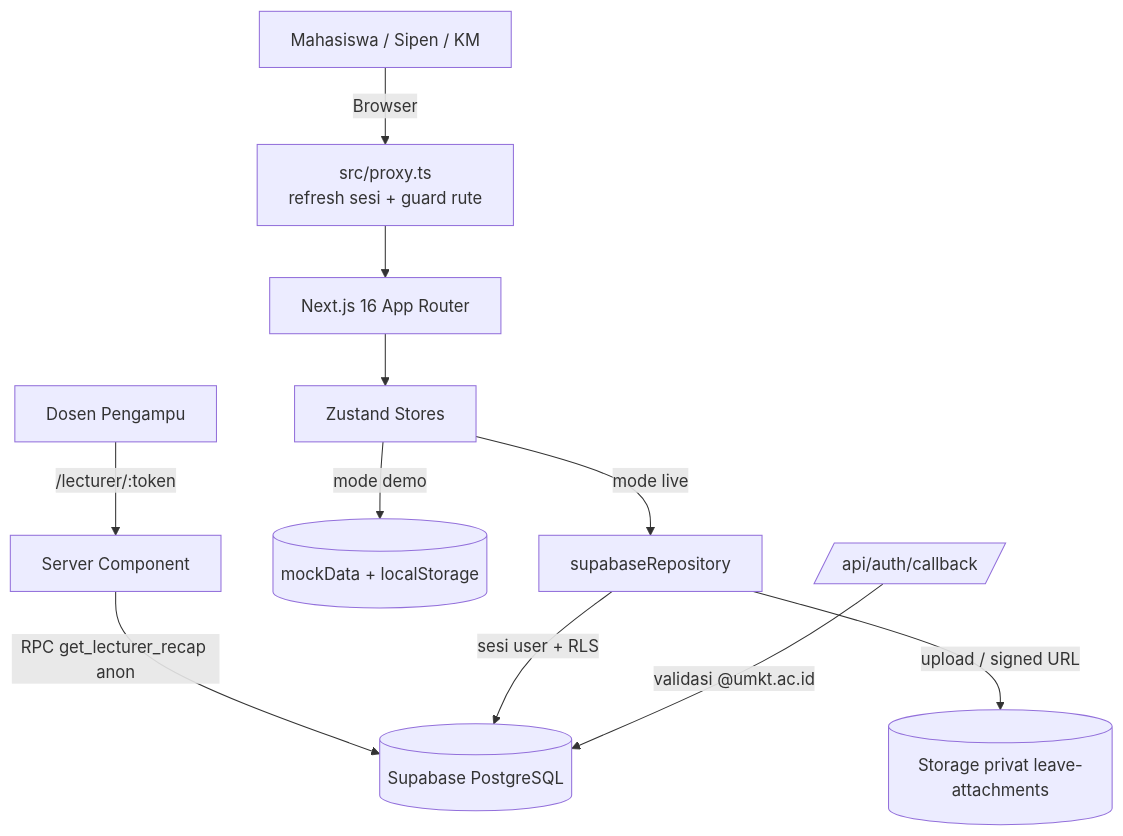
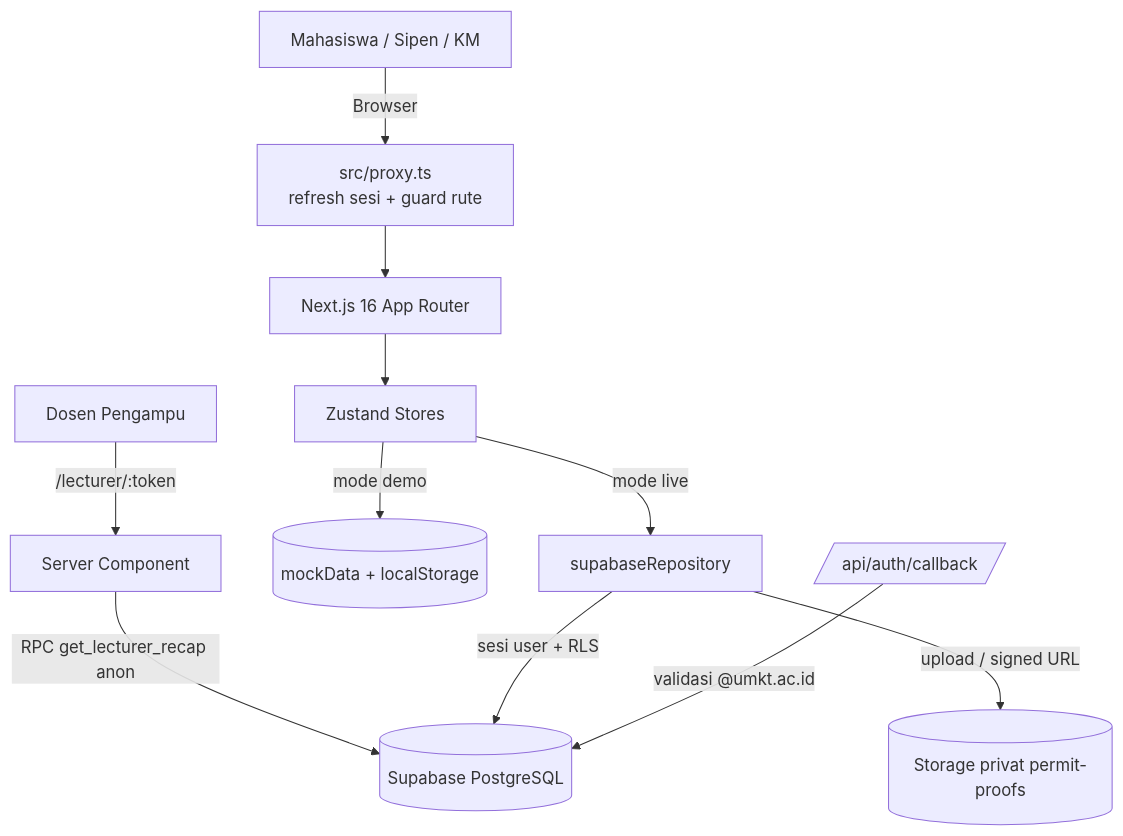
One commit to fk0u/SIPPER-TI changed the diagram in docs/architecture.md. Above: the diagram before and after it, drawn with Mermaid. The commit also changed 21 other files, not shown here.

First line of the commit message:
feat: align app with live Supabase schema conventions

````diff
--- a/docs/architecture.md
+++ b/docs/architecture.md
@@ -6,13 +6,13 @@
 ```mermaid
 graph TD
     A[Mahasiswa / Sipen / KM] -->|Browser| P[src/proxy.ts<br/>refresh sesi + guard rute]
     P --> B[Next.js 16 App Router]
     C[Dosen Pengampu] -->|/lecturer/:token| L[Server Component]
     L -->|RPC get_lecturer_recap anon| DB
     B --> S[Zustand Stores]
     S -->|mode demo| M[(mockData + localStorage)]
     S -->|mode live| R[supabaseRepository]
     R -->|sesi user + RLS| DB[(Supabase PostgreSQL)]
-    R -->|upload / signed URL| ST[(Storage privat leave-attachments)]
+    R -->|upload / signed URL| ST[(Storage privat permit-proofs)]
     CB[/api/auth/callback/] -->|validasi @umkt.ac.id| DB
 ```
````
